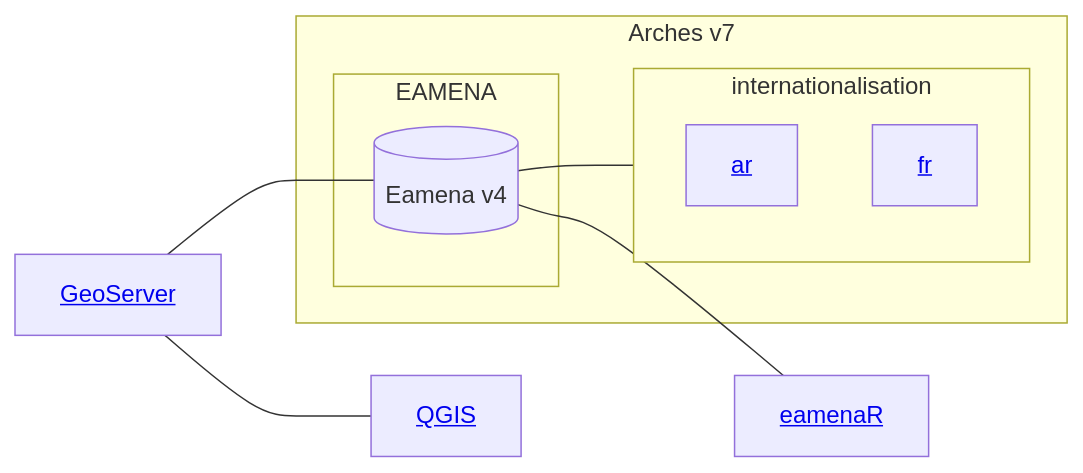
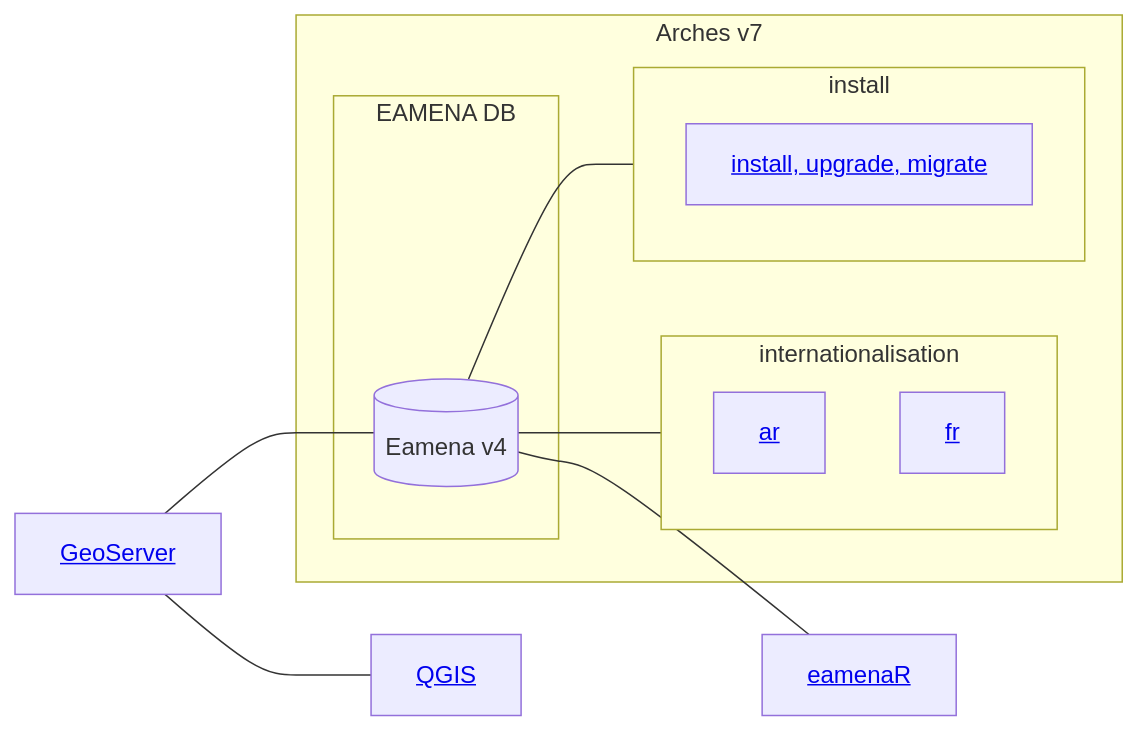
The diagram in dbs/database.eamena/README.md (eamena-project/eamena-arches-dev), drawn with Mermaid before and after one commit. The commit also changed other lines of this file and 1 other file, not shown here.

Commit message:
internationalisation

````diff
--- a/dbs/database.eamena/README.md
+++ b/dbs/database.eamena/README.md
@@ -8,16 +3,20 @@
 ```mermaid
 flowchart LR
   subgraph Arches v7
-    subgraph EAMENA
+    subgraph EAMENA DB
     ea[(Eamena v4)]
     end
     subgraph internationalisation
       id6[<a href='https://github.com/eamena-project/eamena-arches-dev/tree/main/dbs/database.eamena/internationalisation'>ar</a>];
       id7[<a href='https://github.com/eamena-project/eamena-arches-dev/tree/main/dbs/database.eamena/internationalisation'>fr</a>];
     end 
+    subgraph install
+      id8[<a href='https://github.com/eamena-project/eamena-arches-dev/tree/main/dbs/database.eamena/install'>install, upgrade, migrate</a>];
+    end 
   end
   id3[<a href='https://github.com/eamena-project/eamena-arches-dev/tree/main/geoserver'>GeoServer</a>] --- ea;
   id3 --- id4[<a href='https://github.com/eamena-project/eamena-arches-dev/tree/main/gis/qgis'>QGIS</a>];
   ea --- id5[<a href='https://github.com/eamena-project/eamenaR'>eamenaR</a>];
   ea --- internationalisation
+  ea --- install
 ```
````
